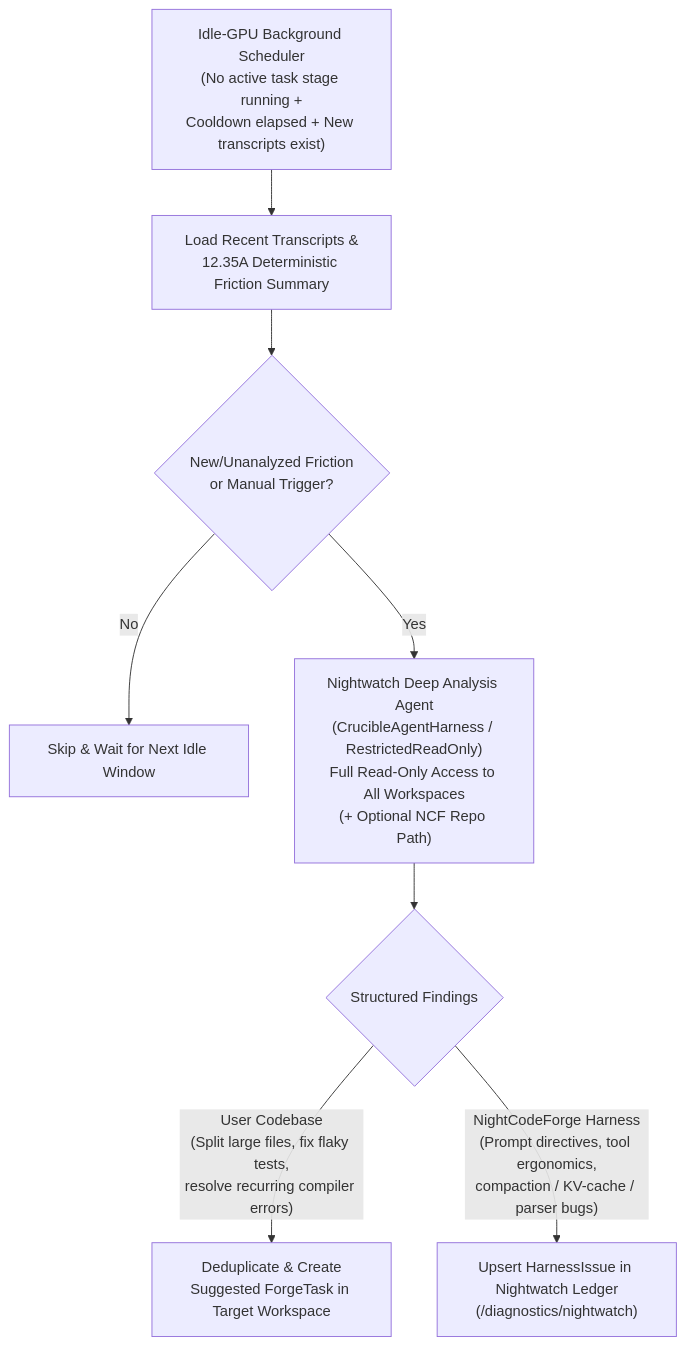
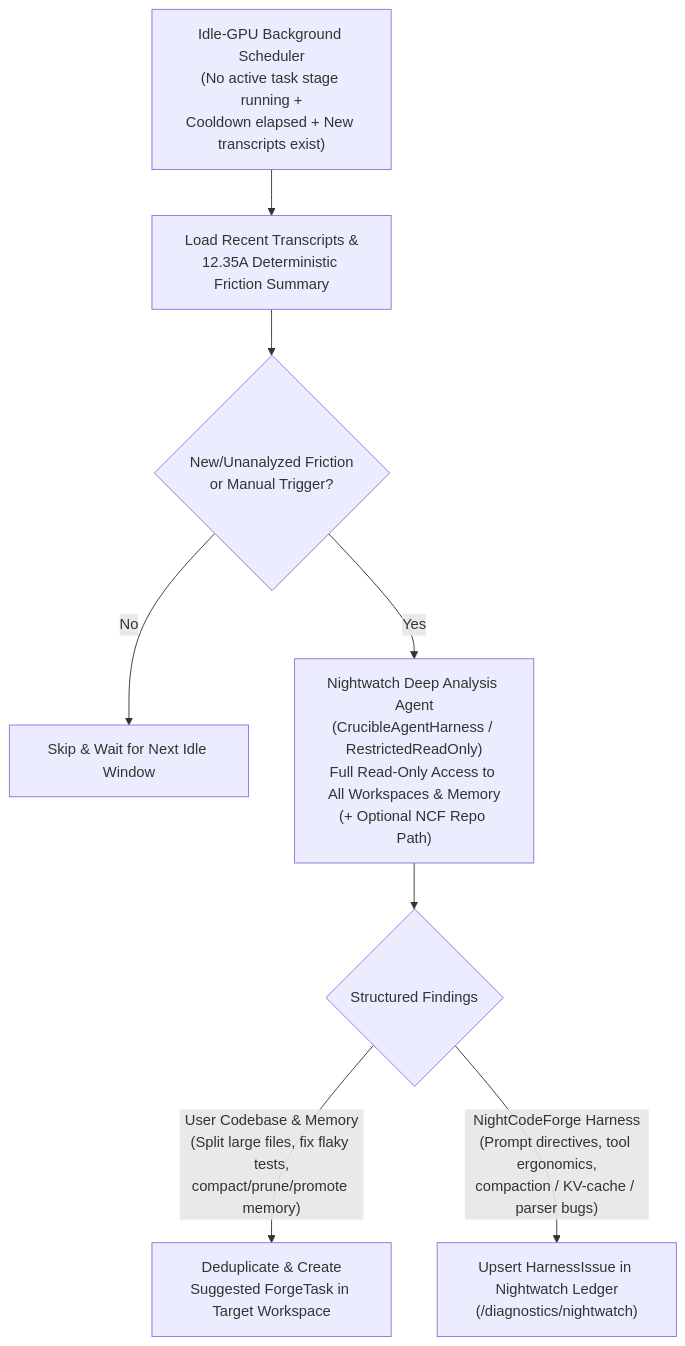
One commit to jetelain/NightCodeForge changed the diagram in docs/features/STEP_12_35B_NIGHTWATCH_IDLE_DEEP_ANALYSIS_AND_LEGACY_DIAGNOSTIC_REPLACEMENT.md. Above: the diagram before and after it, drawn with Mermaid. The commit also changed other lines of this file and 2 other files, not shown here.

````diff
--- a/docs/features/STEP_12_35B_NIGHTWATCH_IDLE_DEEP_ANALYSIS_AND_LEGACY_DIAGNOSTIC_REPLACEMENT.md
+++ b/docs/features/STEP_12_35B_NIGHTWATCH_IDLE_DEEP_ANALYSIS_AND_LEGACY_DIAGNOSTIC_REPLACEMENT.md
@@ -24,11 +24,11 @@
 ```mermaid
 flowchart TD
     IdleCheck["Idle-GPU Background Scheduler<br/>(No active task stage running +<br/>Cooldown elapsed + New transcripts exist)"] --> LoadRecent["Load Recent Transcripts &<br/>12.35A Deterministic Friction Summary"]
     LoadRecent --> HasFriction{"New/Unanalyzed Friction<br/>or Manual Trigger?"}
     HasFriction -- "No" --> Sleep["Skip & Wait for Next Idle Window"]
-    HasFriction -- "Yes" --> NightwatchAgent["Nightwatch Deep Analysis Agent<br/>(CrucibleAgentHarness / RestrictedReadOnly)<br/>Full Read-Only Access to All Workspaces<br/>(+ Optional NCF Repo Path)"]
+    HasFriction -- "Yes" --> NightwatchAgent["Nightwatch Deep Analysis Agent<br/>(CrucibleAgentHarness / RestrictedReadOnly)<br/>Full Read-Only Access to All Workspaces &amp; Memory<br/>(+ Optional NCF Repo Path)"]
 
     NightwatchAgent --> Classify{"Structured Findings"}
-    Classify -- "User Codebase<br/>(Split large files, fix flaky tests,<br/>resolve recurring compiler errors)" --> DedupTask["Deduplicate & Create<br/>Suggested ForgeTask in Target Workspace"]
+    Classify -- "User Codebase &amp; Memory<br/>(Split large files, fix flaky tests,<br/>compact/prune/promote memory)" --> DedupTask["Deduplicate & Create<br/>Suggested ForgeTask in Target Workspace"]
     Classify -- "NightCodeForge Harness<br/>(Prompt directives, tool ergonomics,<br/>compaction / KV-cache / parser bugs)" --> UpsertIssue["Upsert HarnessIssue in Nightwatch Ledger<br/>(/diagnostics/nightwatch)"]
 ```
````
